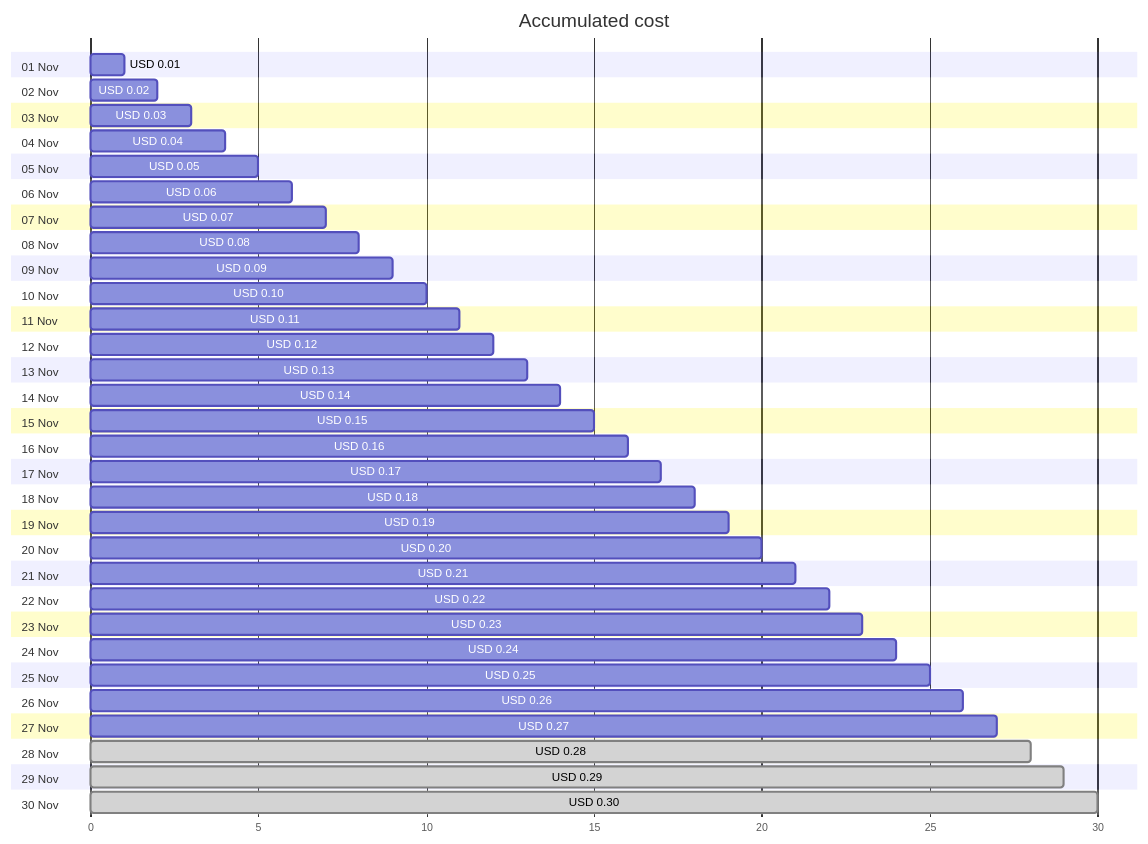
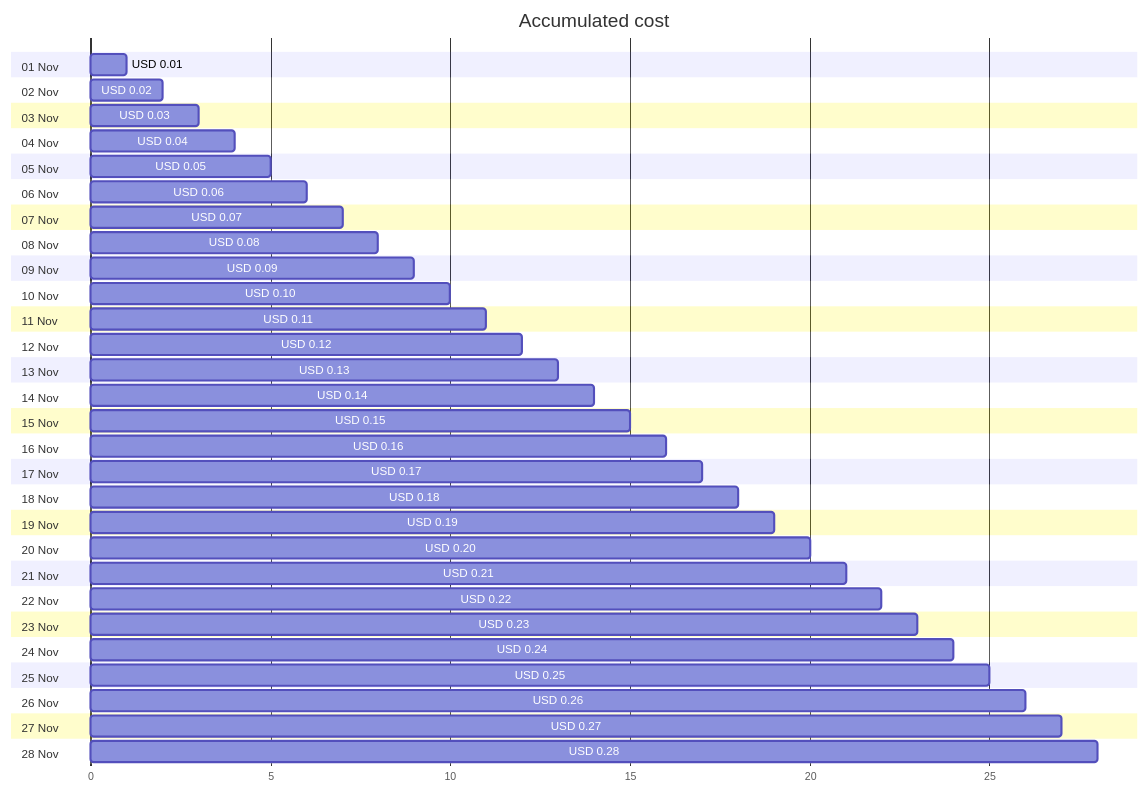
The first of 4 diagrams in cost-reports/cloud-shell-storage-eastus/cs2100300008c8d894b.md (jpfulton/azure-personal-reports), drawn with Mermaid before and after one commit. The commit also changed other lines of this file and 1 other file, not shown here.

````diff
--- a/cost-reports/cloud-shell-storage-eastus/cs2100300008c8d894b.md
+++ b/cost-reports/cloud-shell-storage-eastus/cs2100300008c8d894b.md
@@ -20,66 +20,62 @@
 ```mermaid
 gantt
    title Accumulated cost
    dateFormat  X
    axisFormat %s
    section 01 Nov
    USD 0.01 :0, 1
    section 02 Nov
    USD 0.02 :0, 2
    section 03 Nov
    USD 0.03 :0, 3
    section 04 Nov
    USD 0.04 :0, 4
    section 05 Nov
    USD 0.05 :0, 5
    section 06 Nov
    USD 0.06 :0, 6
    section 07 Nov
    USD 0.07 :0, 7
    section 08 Nov
    USD 0.08 :0, 8
    section 09 Nov
    USD 0.09 :0, 9
    section 10 Nov
    USD 0.10 :0, 10
    section 11 Nov
    USD 0.11 :0, 11
    section 12 Nov
    USD 0.12 :0, 12
    section 13 Nov
    USD 0.13 :0, 13
    section 14 Nov
    USD 0.14 :0, 14
    section 15 Nov
    USD 0.15 :0, 15
    section 16 Nov
    USD 0.16 :0, 16
    section 17 Nov
    USD 0.17 :0, 17
    section 18 Nov
    USD 0.18 :0, 18
    section 19 Nov
    USD 0.19 :0, 19
    section 20 Nov
    USD 0.20 :0, 20
    section 21 Nov
    USD 0.21 :0, 21
    section 22 Nov
    USD 0.22 :0, 22
    section 23 Nov
    USD 0.23 :0, 23
    section 24 Nov
    USD 0.24 :0, 24
    section 25 Nov
    USD 0.25 :0, 25
    section 26 Nov
    USD 0.26 :0, 26
    section 27 Nov
    USD 0.27 :0, 27
    section 28 Nov
-   USD 0.28 : done, 0, 28
-   section 29 Nov
-   USD 0.29 : done, 0, 29
-   section 30 Nov
-   USD 0.30 : done, 0, 30
+   USD 0.28 :0, 28
 ```
````
